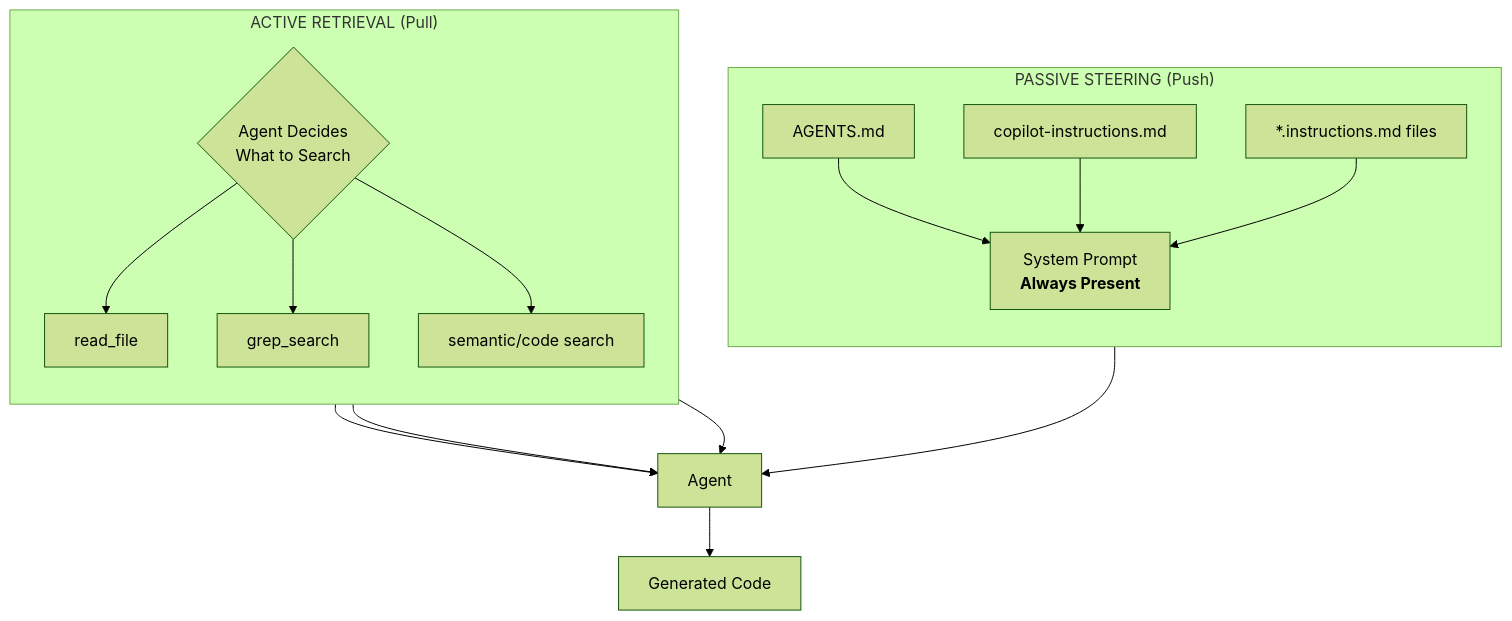
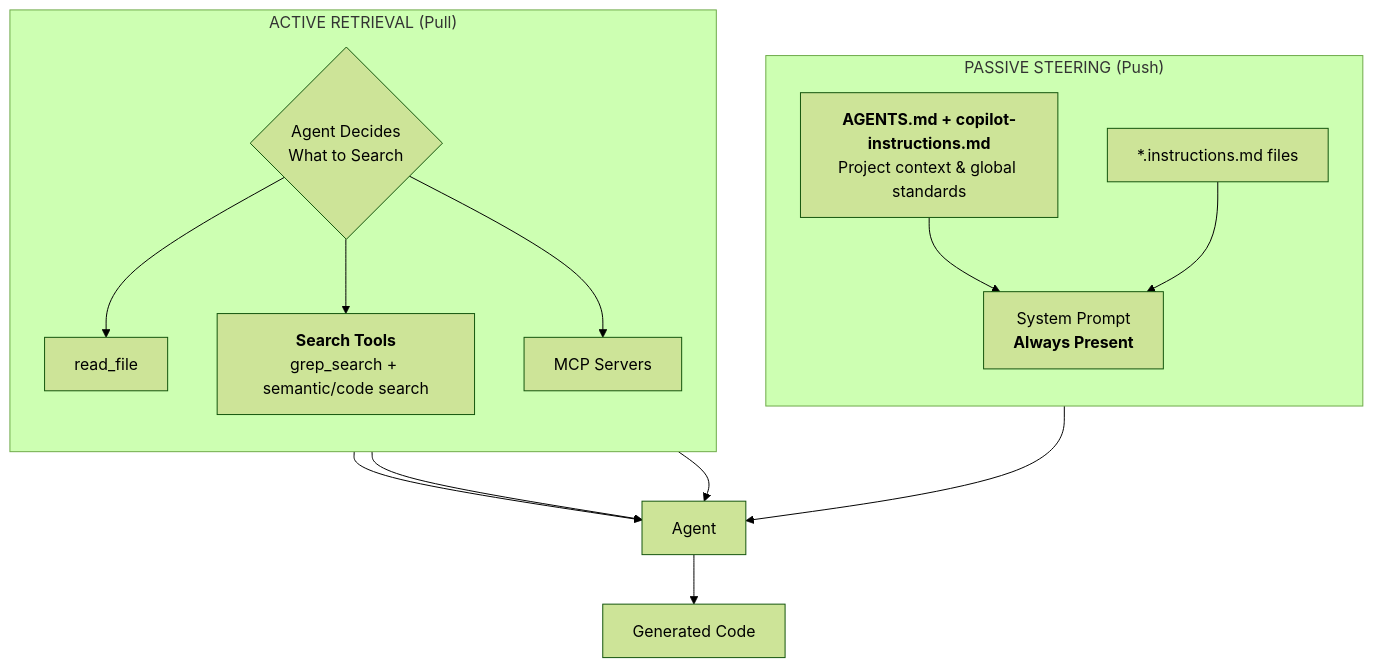
One commit to HipsterZipster/context-management-presentation changed the seventh of 23 diagrams in context-engineering-tech-talk.md. Above: the diagram before and after it, drawn with Mermaid (forest theme). The commit also changed other lines of this file and 18 other files, not shown here.

First line of the commit message:
refactor: restructure knowledge flow diagram and renumber slides 6-12

````diff
--- a/context-engineering-tech-talk.md
+++ b/context-engineering-tech-talk.md
@@ -216,23 +231,22 @@
 ```mermaid
 graph TB
     subgraph Passive["PASSIVE STEERING (Push)"]
         direction TB
-        P1["AGENTS.md"]
-        P2["copilot-instructions.md"]
-        P3["*.instructions.md files"]
-        P1 & P2 & P3 --> PS["System Prompt<br/><b>Always Present</b>"]
+        P1["<b>AGENTS.md + copilot-instructions.md</b><br/>Project context & global standards"]
+        P2["*.instructions.md files"]
+        P1 & P2 --> PS["System Prompt<br/><b>Always Present</b>"]
     end
 
     subgraph Active["ACTIVE RETRIEVAL (Pull)"]
         direction TB
         A1["read_file"]
-        A2["grep_search"]
-        A3["semantic/code search"]
+        A2["<b>Search Tools</b><br/>grep_search + semantic/code search"]
+        A3["MCP Servers"]
         AD{"Agent Decides<br/>What to Search"} --> A1 & A2 & A3
     end
 
     PS --> Agent["Agent"]
     A1 & A2 & A3 --> Agent
 
     Agent --> Output["Generated Code"]
 ```
````
